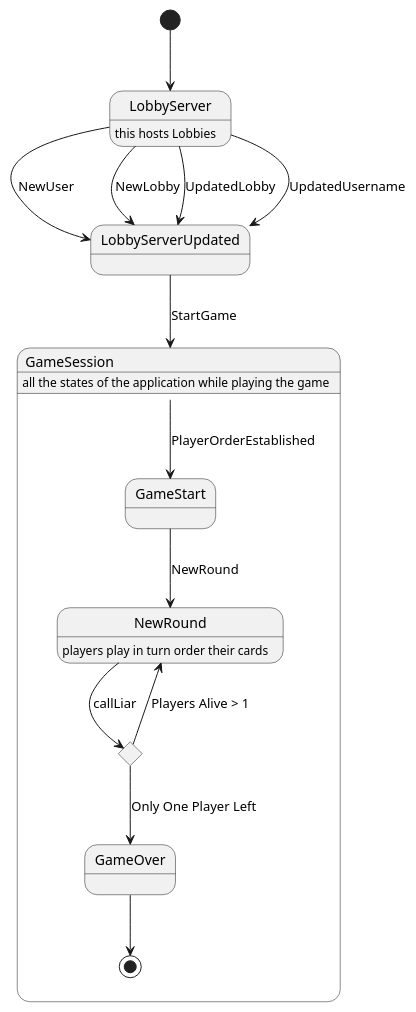
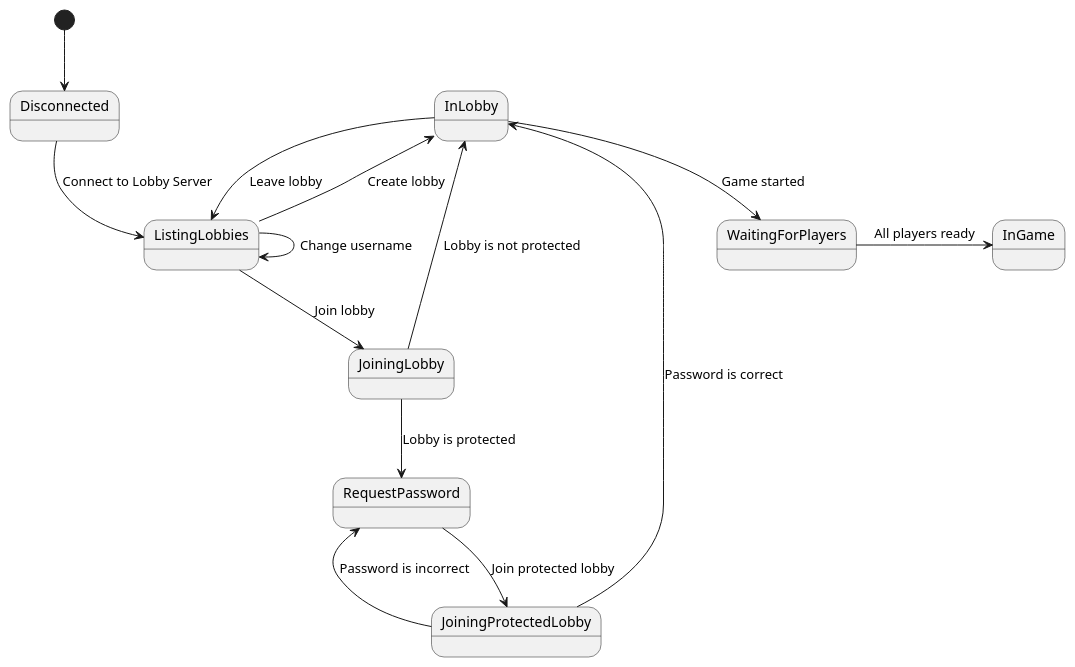
Diagram 12 of 13 in docs/report.md (Alb-Ard/dist-sys-dubito-online), drawn with PlantUML before and after one commit. The commit also changed other lines of this file and 1 other file, not shown here.

First line of the commit message:
Changes to module and state diagrams:

````diff
--- a/docs/report.md
+++ b/docs/report.md
@@ -483,27 +532,27 @@
 ```plantuml
 @startuml
-[*] --> LobbyServer
-LobbyServer : this hosts Lobbies
-LobbyServer --> LobbyServerUpdated : NewUser
-LobbyServer --> LobbyServerUpdated : NewLobby
-LobbyServer --> LobbyServerUpdated : UpdatedLobby
-LobbyServer --> LobbyServerUpdated : UpdatedUsername
+[*] --> Disconnected
 
-LobbyServerUpdated --> GameSession : StartGame
+Disconnected --> ListingLobbies : Connect to Lobby Server
 
-state GameSession {
-   GameSession : all the states of the application while playing the game
-   GameSession --> GameStart : PlayerOrderEstablished
-   GameStart --> NewRound : NewRound
-   NewRound : players play in turn order their cards
-   state callLiar <<choice>>
-   NewRound --> callLiar : callLiar
-   callLiar --> NewRound : Players Alive > 1
-   callLiar --> GameOver : Only One Player Left
-   GameOver --> [*]
-   
-}
+ListingLobbies --> ListingLobbies : Change username
+ListingLobbies --> JoiningLobby : Join lobby
+ListingLobbies --> InLobby : Create lobby
 
+state JoiningLobby <<choice>>
+JoiningLobby --> RequestPassword : Lobby is protected
+JoiningLobby --> InLobby : Lobby is not protected
+
+RequestPassword --> JoiningProtectedLobby : Join protected lobby
+
+state JoiningProtectedLobby <<choice>>
+JoiningProtectedLobby --> InLobby : Password is correct
+JoiningProtectedLobby --> RequestPassword : Password is incorrect
+
+InLobby --> ListingLobbies : Leave lobby
+InLobby --> WaitingForPlayers : Game started
+
+WaitingForPlayers -> InGame : All players ready
 
 @enduml
 ```
````
